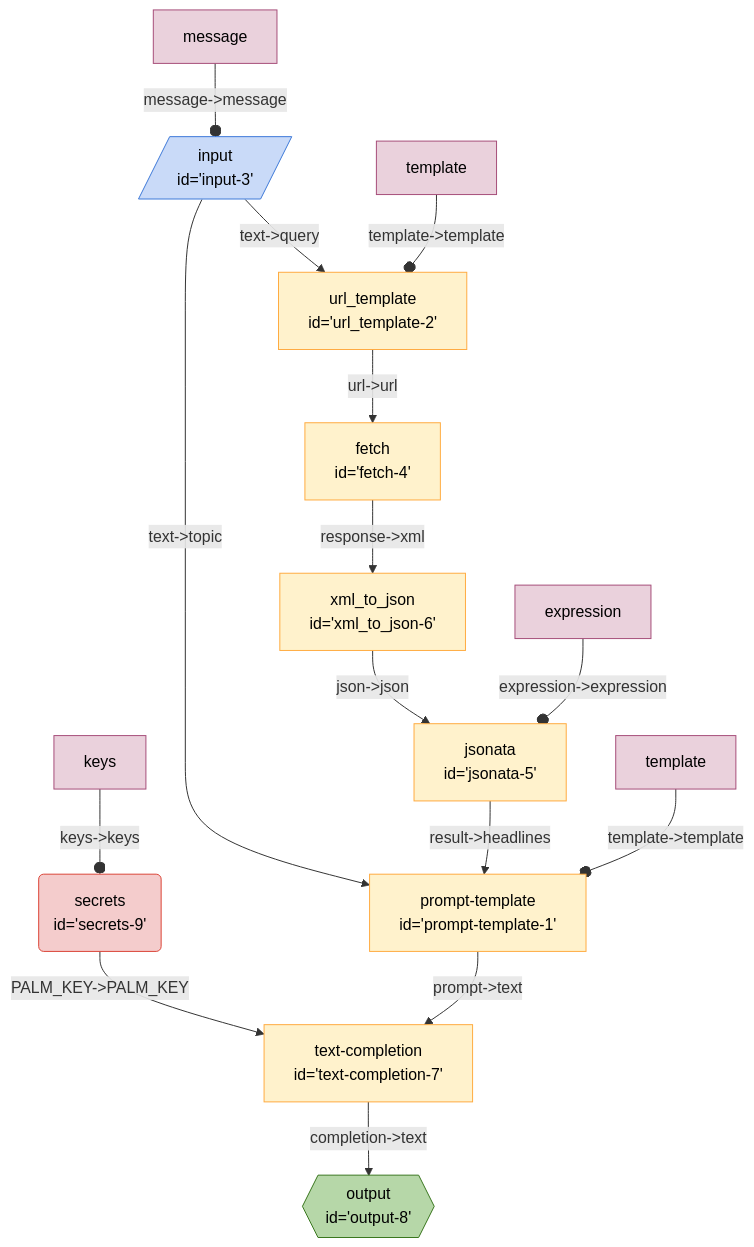
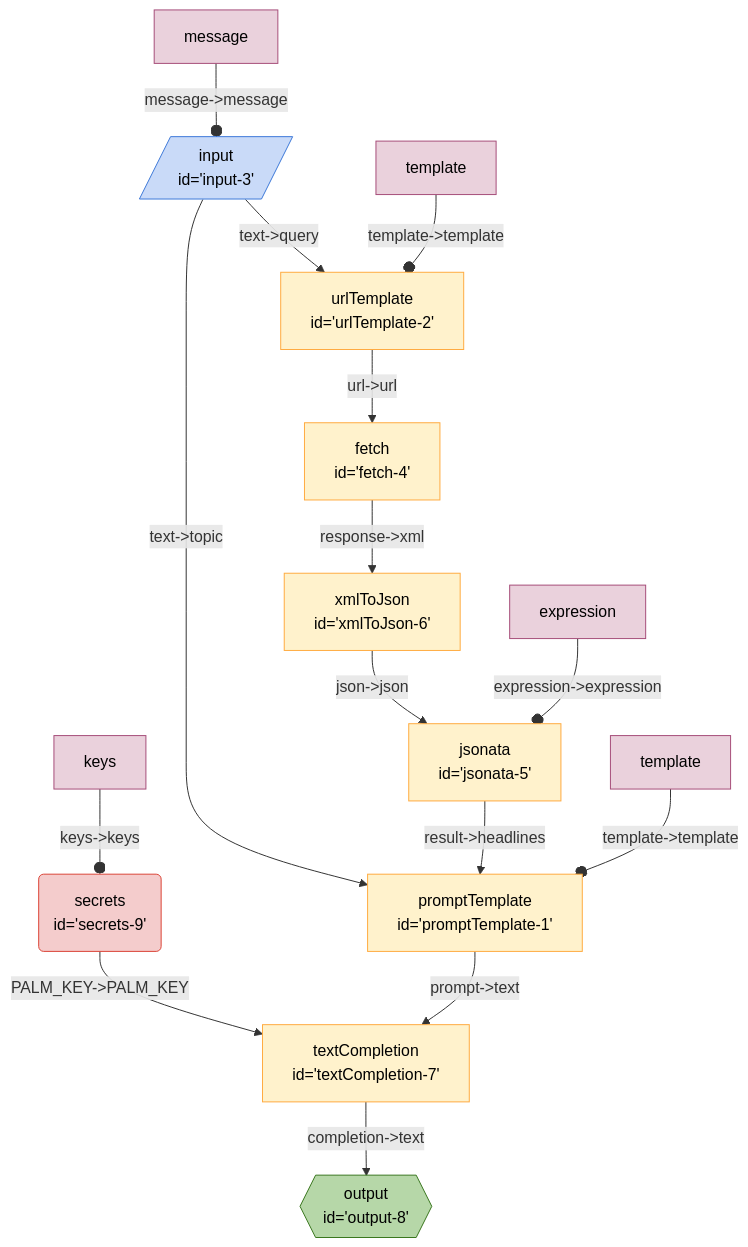
One commit to breadboard-ai/breadboard changed the diagram in seeds/graph-playground/examples/google-news.md. Above: the diagram before and after it, drawn with Mermaid. The commit also changed 41 other files, not shown here.

````diff
--- a/seeds/graph-playground/examples/google-news.md
+++ b/seeds/graph-playground/examples/google-news.md
@@ -3,44 +3,44 @@
 ```mermaid
 %%{init: 'themeVariables': { 'fontFamily': 'Fira Code, monospace' }}%%
 graph TD;
 input3[/"input
-id='input-3'"/]:::input -- "text->topic" --> prompttemplate1["prompt-template
-id='prompt-template-1'"]
+id='input-3'"/]:::input -- "text->topic" --> promptTemplate1["promptTemplate
+id='promptTemplate-1'"]
 input3[/"input
-id='input-3'"/]:::input -- "text->query" --> url_template2["url_template
-id='url_template-2'"]
-url_template2["url_template
-id='url_template-2'"] -- "url->url" --> fetch4["fetch
+id='input-3'"/]:::input -- "text->query" --> urlTemplate2["urlTemplate
+id='urlTemplate-2'"]
+urlTemplate2["urlTemplate
+id='urlTemplate-2'"] -- "url->url" --> fetch4["fetch
 id='fetch-4'"]
 jsonata5["jsonata
-id='jsonata-5'"] -- "result->headlines" --> prompttemplate1["prompt-template
-id='prompt-template-1'"]
-xml_to_json6["xml_to_json
-id='xml_to_json-6'"] -- "json->json" --> jsonata5["jsonata
+id='jsonata-5'"] -- "result->headlines" --> promptTemplate1["promptTemplate
+id='promptTemplate-1'"]
+xmlToJson6["xmlToJson
+id='xmlToJson-6'"] -- "json->json" --> jsonata5["jsonata
 id='jsonata-5'"]
 fetch4["fetch
-id='fetch-4'"] -- "response->xml" --> xml_to_json6["xml_to_json
-id='xml_to_json-6'"]
-textcompletion7["text-completion
-id='text-completion-7'"] -- "completion->text" --> output8{{"output
+id='fetch-4'"] -- "response->xml" --> xmlToJson6["xmlToJson
+id='xmlToJson-6'"]
+textCompletion7["textCompletion
+id='textCompletion-7'"] -- "completion->text" --> output8{{"output
 id='output-8'"}}:::output
 secrets9("secrets
-id='secrets-9'"):::secrets -- "PALM_KEY->PALM_KEY" --> textcompletion7["text-completion
-id='text-completion-7'"]
-prompttemplate1["prompt-template
-id='prompt-template-1'"] -- "prompt->text" --> textcompletion7["text-completion
-id='text-completion-7'"]
-templateprompttemplate1[template]:::config -- "template->template" --o prompttemplate1
-templateurl_template2[template]:::config -- "template->template" --o url_template2
+id='secrets-9'"):::secrets -- "PALM_KEY->PALM_KEY" --> textCompletion7["textCompletion
+id='textCompletion-7'"]
+promptTemplate1["promptTemplate
+id='promptTemplate-1'"] -- "prompt->text" --> textCompletion7["textCompletion
+id='textCompletion-7'"]
+templatepromptTemplate1[template]:::config -- "template->template" --o promptTemplate1
+templateurlTemplate2[template]:::config -- "template->template" --o urlTemplate2
 messageinput3[message]:::config -- "message->message" --o input3
 expressionjsonata5[expression]:::config -- "expression->expression" --o jsonata5
 keyssecrets9[keys]:::config -- "keys->keys" --o secrets9
 classDef default stroke:#ffab40,fill:#fff2ccff,color:#000
 classDef input stroke:#3c78d8,fill:#c9daf8ff,color:#000
 classDef output stroke:#38761d,fill:#b6d7a8ff,color:#000
 classDef passthrough stroke:#a64d79,fill:#ead1dcff,color:#000
 classDef slot stroke:#a64d79,fill:#ead1dcff,color:#000
 classDef config stroke:#a64d79,fill:#ead1dcff,color:#000
 classDef secrets stroke:#db4437,fill:#f4cccc,color:#000
 classDef slotted stroke:#a64d79
 ```
````
